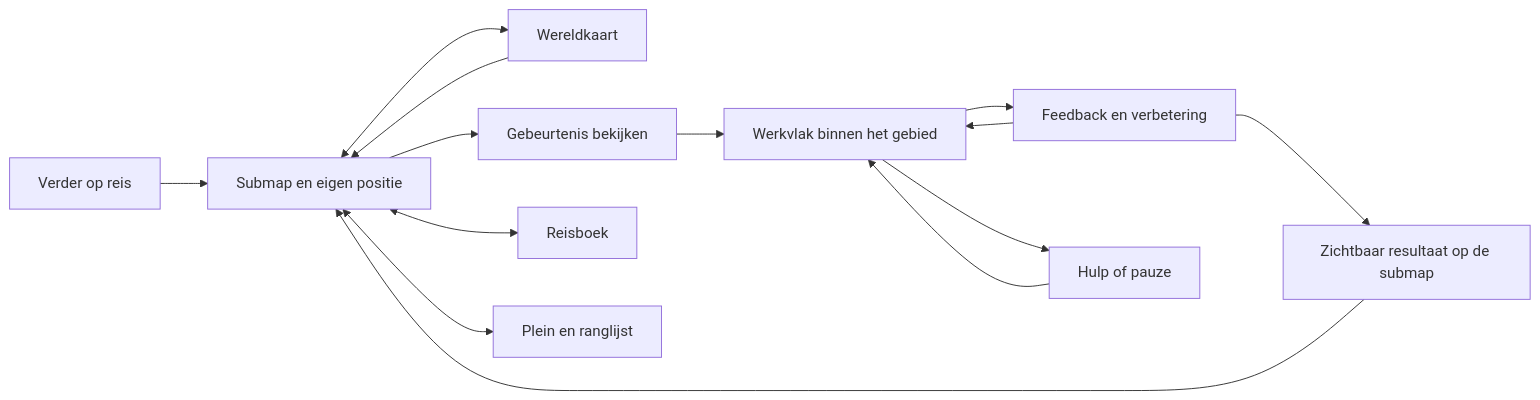
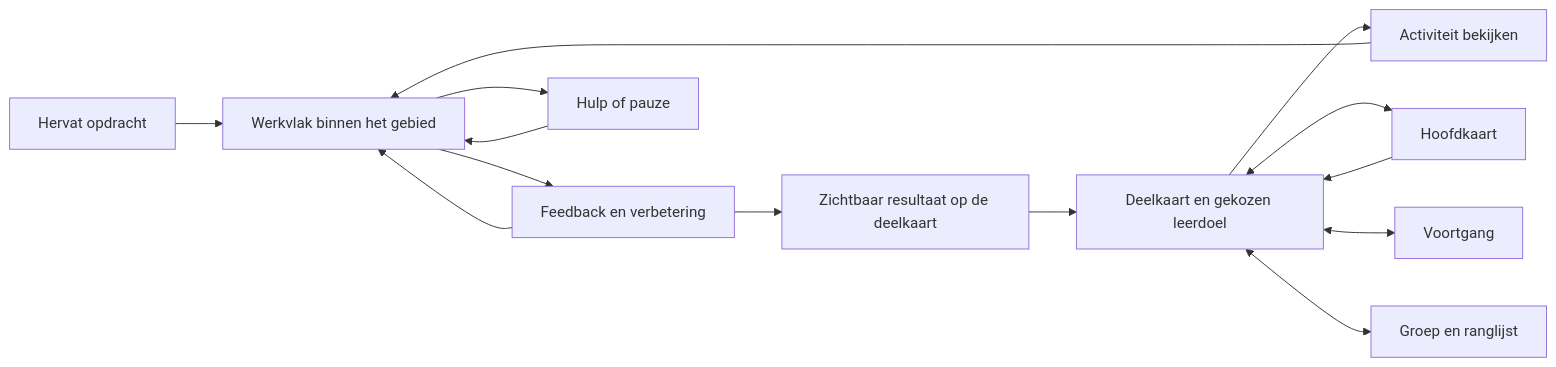
The diagram in docs/rechten-spelraamwerk.md (godwillsaveyoutoo-pixel/LeraarBob), drawn with Mermaid before and after one commit. The commit also changed other lines of this file and 19 other files, not shown here.

````diff
--- a/docs/rechten-spelraamwerk.md
+++ b/docs/rechten-spelraamwerk.md
@@ -98,16 +102,16 @@
 ```mermaid
 flowchart LR
-  A[Verder op reis] --> B[Submap en eigen positie]
-  W[Wereldkaart] --> B
-  B --> C[Gebeurtenis bekijken]
+  A[Hervat opdracht] --> D
+  W[Hoofdkaart] --> B[Deelkaart en gekozen leerdoel]
+  B --> C[Activiteit bekijken]
   C --> D[Werkvlak binnen het gebied]
   D --> E[Feedback en verbetering]
   E --> D
-  E --> F[Zichtbaar resultaat op de submap]
+  E --> F[Zichtbaar resultaat op de deelkaart]
   F --> B
   B <--> W
-  B <--> R[Reisboek]
-  B <--> P[Plein en ranglijst]
+  B <--> R[Voortgang]
+  B <--> P[Groep en ranglijst]
   D --> H[Hulp of pauze]
   H --> D
 ```
````
